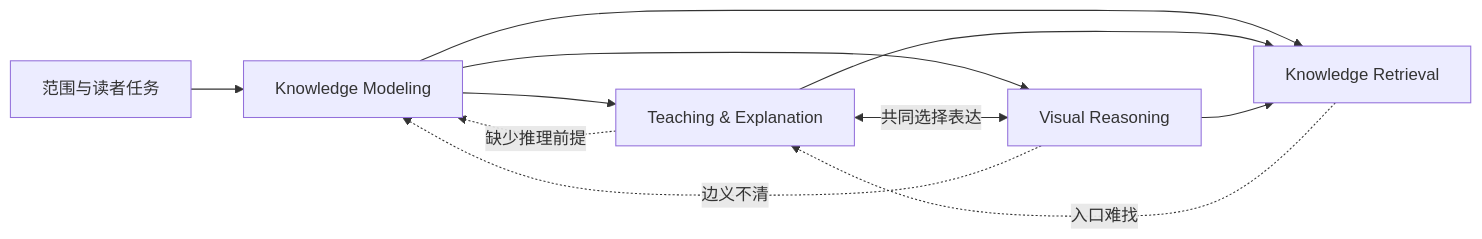
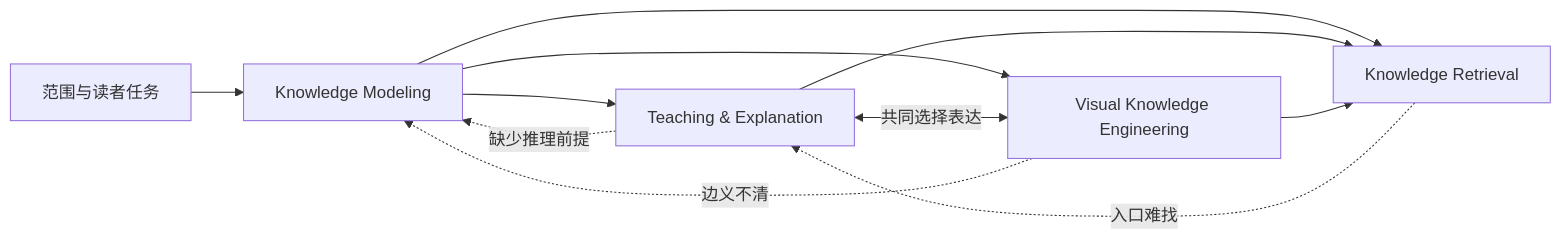
The diagram in SKILL.md (AcSg999/low-cognitive-cost-ai-writing), drawn with Mermaid before and after one commit. The commit also changed other lines of this file and 11 other files, not shown here.

````diff
--- a/SKILL.md
+++ b/SKILL.md
@@ -28,13 +28,13 @@
 ```mermaid
 flowchart LR
     S["范围与读者任务"] --> K["Knowledge Modeling"]
     K --> T["Teaching & Explanation"]
-    K --> V["Visual Reasoning"]
+    K --> V["Visual Knowledge Engineering"]
     T <-->|共同选择表达| V
     K --> R["Knowledge Retrieval"]
     T --> R
     V --> R
     T -.->|缺少推理前提| K
     V -.->|边义不清| K
     R -.->|入口难找| T
 ```
````
